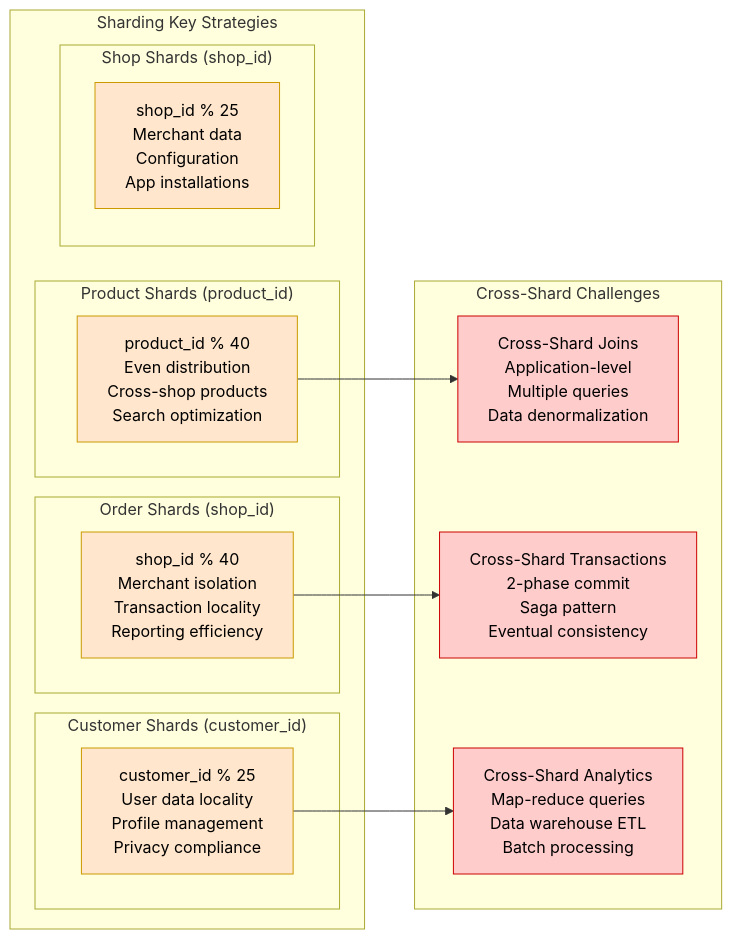
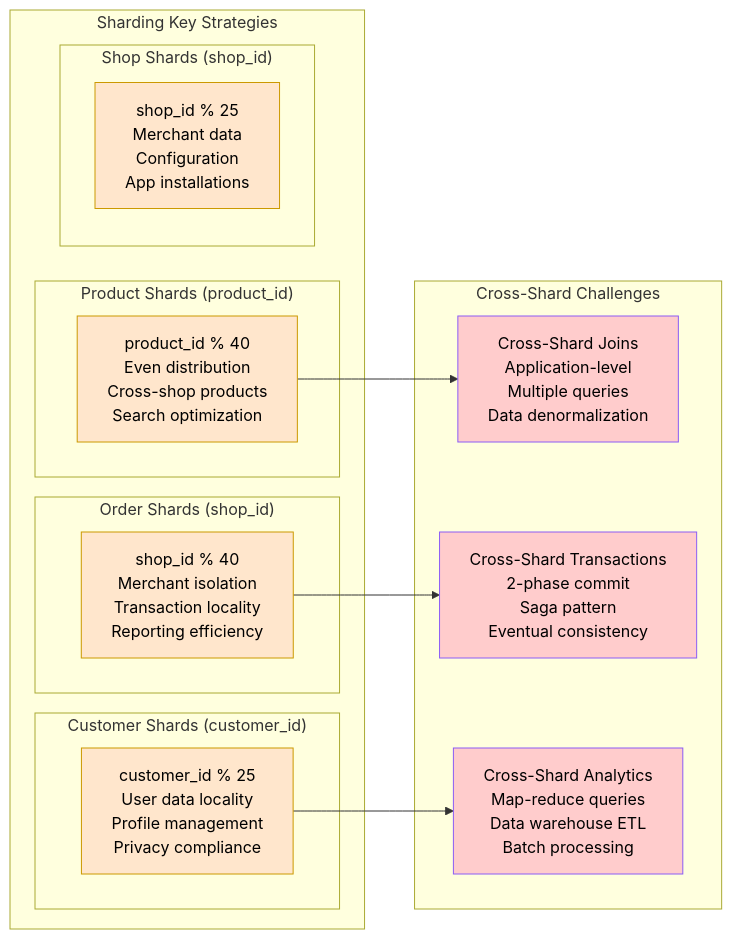
The third of 8 diagrams in site/docs/systems/shopify/storage-architecture.md (deepaucksharma/DS), drawn with Mermaid before and after one commit. The commit also changed other lines of this file and 303 other files, not shown here.

````diff
--- a/site/docs/systems/shopify/storage-architecture.md
+++ b/site/docs/systems/shopify/storage-architecture.md
@@ -184,39 +184,39 @@
 ```mermaid
 graph LR
     subgraph "Sharding Key Strategies"
         subgraph "Product Shards (product_id)"
             PRODUCT_HASH[product_id % 40<br/>Even distribution<br/>Cross-shop products<br/>Search optimization]
         end
 
         subgraph "Order Shards (shop_id)"
             ORDER_HASH[shop_id % 40<br/>Merchant isolation<br/>Transaction locality<br/>Reporting efficiency]
         end
 
         subgraph "Customer Shards (customer_id)"
             CUSTOMER_HASH[customer_id % 25<br/>User data locality<br/>Profile management<br/>Privacy compliance]
         end
 
         subgraph "Shop Shards (shop_id)"
             SHOP_HASH[shop_id % 25<br/>Merchant data<br/>Configuration<br/>App installations]
         end
     end
 
     subgraph "Cross-Shard Challenges"
         JOINS[Cross-Shard Joins<br/>Application-level<br/>Multiple queries<br/>Data denormalization]
 
         TRANSACTIONS[Cross-Shard Transactions<br/>2-phase commit<br/>Saga pattern<br/>Eventual consistency]
 
         ANALYTICS[Cross-Shard Analytics<br/>Map-reduce queries<br/>Data warehouse ETL<br/>Batch processing]
     end
 
     PRODUCT_HASH --> JOINS
     ORDER_HASH --> TRANSACTIONS
     CUSTOMER_HASH --> ANALYTICS
 
     %% Apply sharding colors
     classDef shardingStyle fill:#FFE6CC,stroke:#CC9900,color:#000
-    classDef challengeStyle fill:#FFCCCC,stroke:#CC0000,color:#000
+    classDef challengeStyle fill:#FFCCCC,stroke:#8B5CF6,color:#000
 
     class PRODUCT_HASH,ORDER_HASH,CUSTOMER_HASH,SHOP_HASH shardingStyle
     class JOINS,TRANSACTIONS,ANALYTICS challengeStyle
 ```
````
